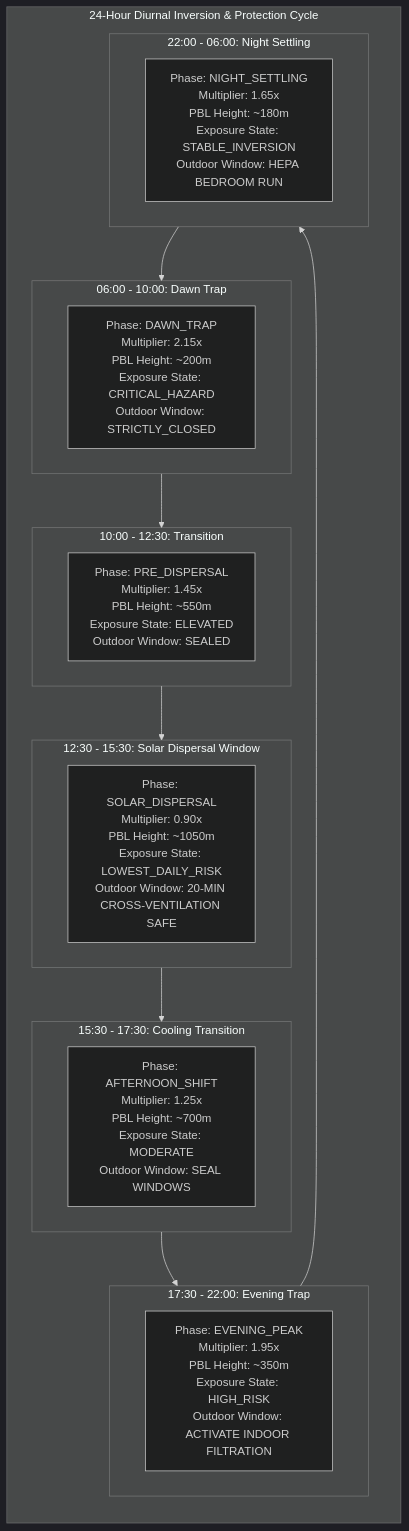
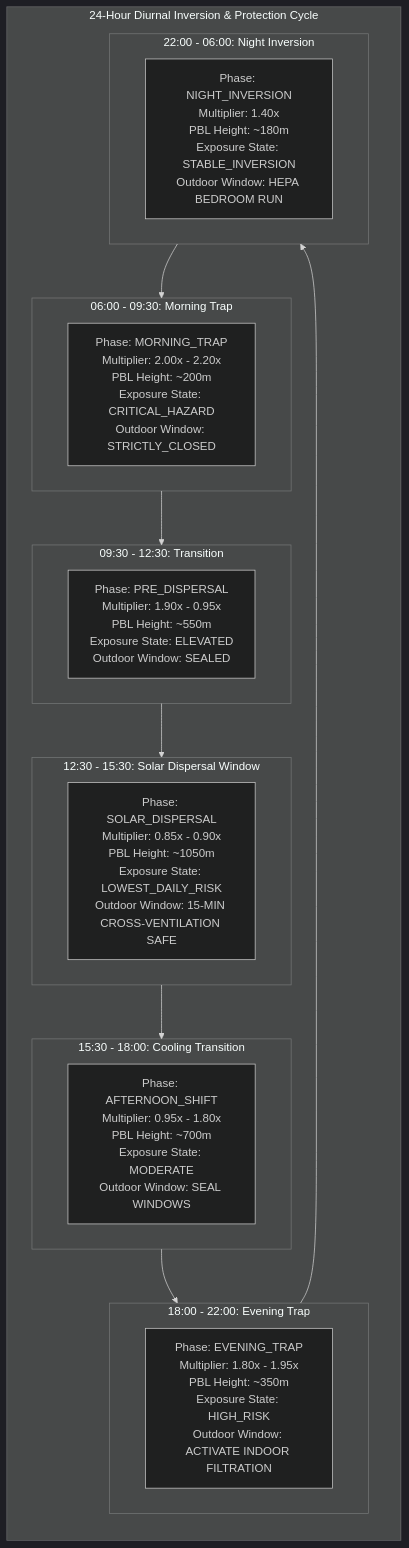
The diagram in uml/timing_diagram.md (piyushmakhija28/prompt-war-challenge-6-clean-air-assistant), drawn with Mermaid (dark theme) before and after one commit. The commit also changed 40 other files, not shown here.

````diff
--- a/uml/timing_diagram.md
+++ b/uml/timing_diagram.md
@@ -2,32 +2,32 @@
 ```mermaid
 flowchart LR
     subgraph Timeline24H ["24-Hour Diurnal Inversion & Protection Cycle"]
         direction TB
 
-        subgraph Morning ["06:00 - 10:00: Dawn Trap"]
-            T1["Phase: DAWN_TRAP<br/>Multiplier: 2.15x<br/>PBL Height: ~200m<br/>Exposure State: CRITICAL_HAZARD<br/>Outdoor Window: STRICTLY_CLOSED"]
+        subgraph Morning ["06:00 - 09:30: Morning Trap"]
+            T1["Phase: MORNING_TRAP<br/>Multiplier: 2.00x - 2.20x<br/>PBL Height: ~200m<br/>Exposure State: CRITICAL_HAZARD<br/>Outdoor Window: STRICTLY_CLOSED"]
         end
 
-        subgraph PreDispersal ["10:00 - 12:30: Transition"]
-            T2["Phase: PRE_DISPERSAL<br/>Multiplier: 1.45x<br/>PBL Height: ~550m<br/>Exposure State: ELEVATED<br/>Outdoor Window: SEALED"]
+        subgraph PreDispersal ["09:30 - 12:30: Transition"]
+            T2["Phase: PRE_DISPERSAL<br/>Multiplier: 1.90x - 0.95x<br/>PBL Height: ~550m<br/>Exposure State: ELEVATED<br/>Outdoor Window: SEALED"]
         end
 
         subgraph Solar ["12:30 - 15:30: Solar Dispersal Window"]
-            T3["Phase: SOLAR_DISPERSAL<br/>Multiplier: 0.90x<br/>PBL Height: ~1050m<br/>Exposure State: LOWEST_DAILY_RISK<br/>Outdoor Window: 20-MIN CROSS-VENTILATION SAFE"]
+            T3["Phase: SOLAR_DISPERSAL<br/>Multiplier: 0.85x - 0.90x<br/>PBL Height: ~1050m<br/>Exposure State: LOWEST_DAILY_RISK<br/>Outdoor Window: 15-MIN CROSS-VENTILATION SAFE"]
         end
 
-        subgraph AfternoonShift ["15:30 - 17:30: Cooling Transition"]
-            T4["Phase: AFTERNOON_SHIFT<br/>Multiplier: 1.25x<br/>PBL Height: ~700m<br/>Exposure State: MODERATE<br/>Outdoor Window: SEAL WINDOWS"]
+        subgraph AfternoonShift ["15:30 - 18:00: Cooling Transition"]
+            T4["Phase: AFTERNOON_SHIFT<br/>Multiplier: 0.95x - 1.80x<br/>PBL Height: ~700m<br/>Exposure State: MODERATE<br/>Outdoor Window: SEAL WINDOWS"]
         end
 
-        subgraph Evening ["17:30 - 22:00: Evening Trap"]
-            T5["Phase: EVENING_PEAK<br/>Multiplier: 1.95x<br/>PBL Height: ~350m<br/>Exposure State: HIGH_RISK<br/>Outdoor Window: ACTIVATE INDOOR FILTRATION"]
+        subgraph Evening ["18:00 - 22:00: Evening Trap"]
+            T5["Phase: EVENING_TRAP<br/>Multiplier: 1.80x - 1.95x<br/>PBL Height: ~350m<br/>Exposure State: HIGH_RISK<br/>Outdoor Window: ACTIVATE INDOOR FILTRATION"]
         end
 
-        subgraph Night ["22:00 - 06:00: Night Settling"]
-            T6["Phase: NIGHT_SETTLING<br/>Multiplier: 1.65x<br/>PBL Height: ~180m<br/>Exposure State: STABLE_INVERSION<br/>Outdoor Window: HEPA BEDROOM RUN"]
+        subgraph Night ["22:00 - 06:00: Night Inversion"]
+            T6["Phase: NIGHT_INVERSION<br/>Multiplier: 1.40x<br/>PBL Height: ~180m<br/>Exposure State: STABLE_INVERSION<br/>Outdoor Window: HEPA BEDROOM RUN"]
         end
 
         Morning --> PreDispersal --> Solar --> AfternoonShift --> Evening --> Night --> Morning
     end
 ```
````
